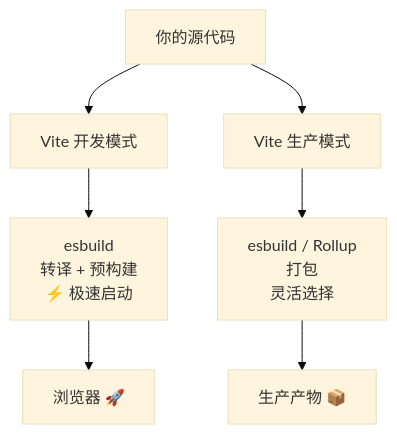
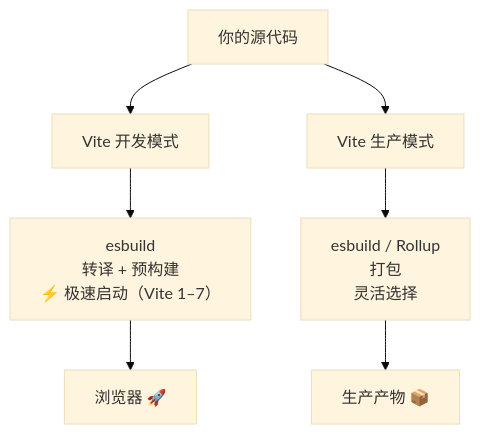
Before and after one commit to before80/prgms: the diagram in content/Js/tools/build/esbuild/Chapter-01-what-is-esbuild.md, drawn with Mermaid (base theme). The commit also changed other lines of this file and 4787 other files, not shown here.

````diff
--- a/content/Js/tools/build/esbuild/Chapter-01-what-is-esbuild.md
+++ b/content/Js/tools/build/esbuild/Chapter-01-what-is-esbuild.md
@@ -130,9 +130,9 @@
 ```mermaid
 graph TD
     A["你的源代码"] --> B["Vite 开发模式"]
     A --> C["Vite 生产模式"]
-    B --> D["esbuild<br/>转译 + 预构建<br/>⚡ 极速启动"]
+    B --> D["esbuild<br/>转译 + 预构建<br/>⚡ 极速启动（Vite 1–7）"]
     C --> E["esbuild / Rollup<br/>打包<br/>灵活选择"]
     D --> G["浏览器 🚀"]
     E --> H["生产产物 📦"]
 ```
````
